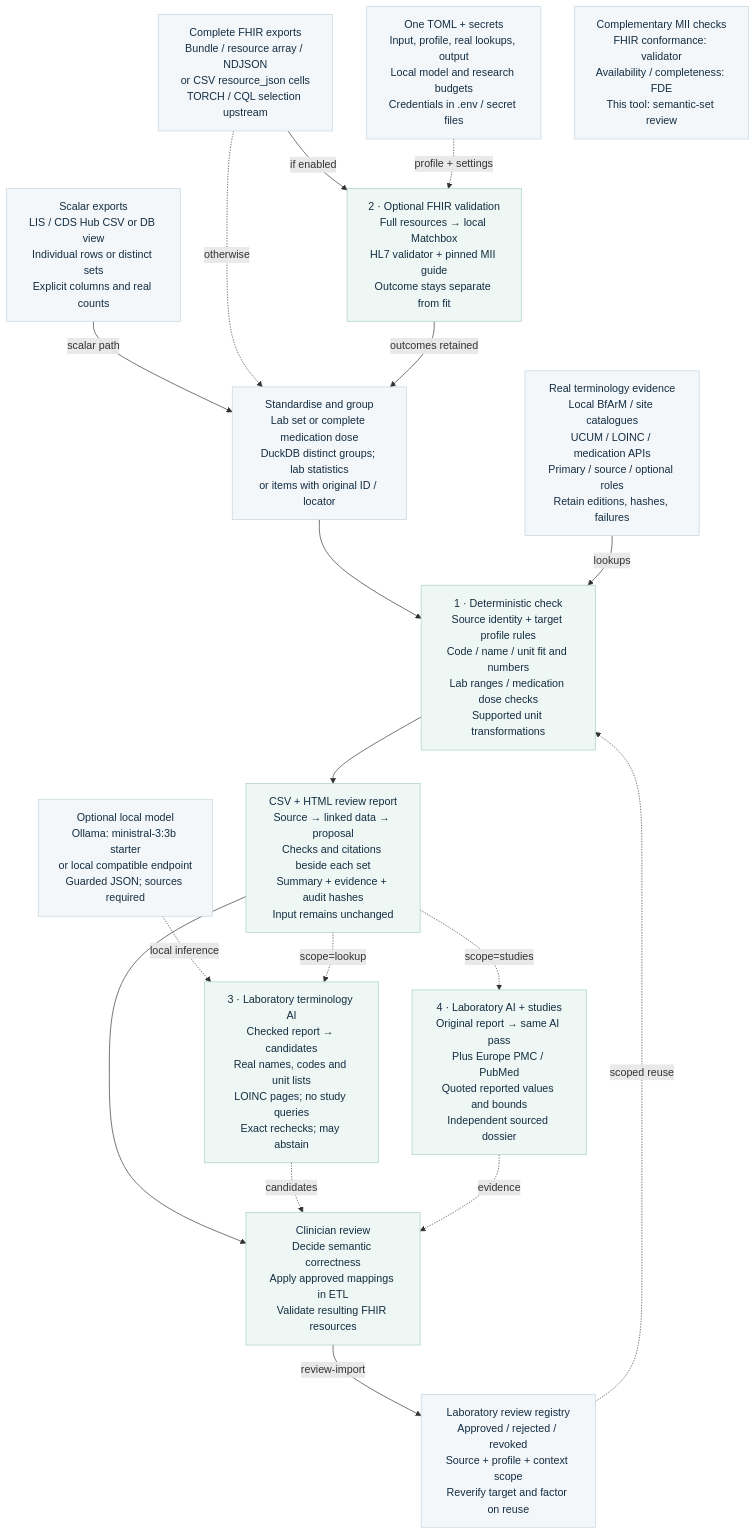
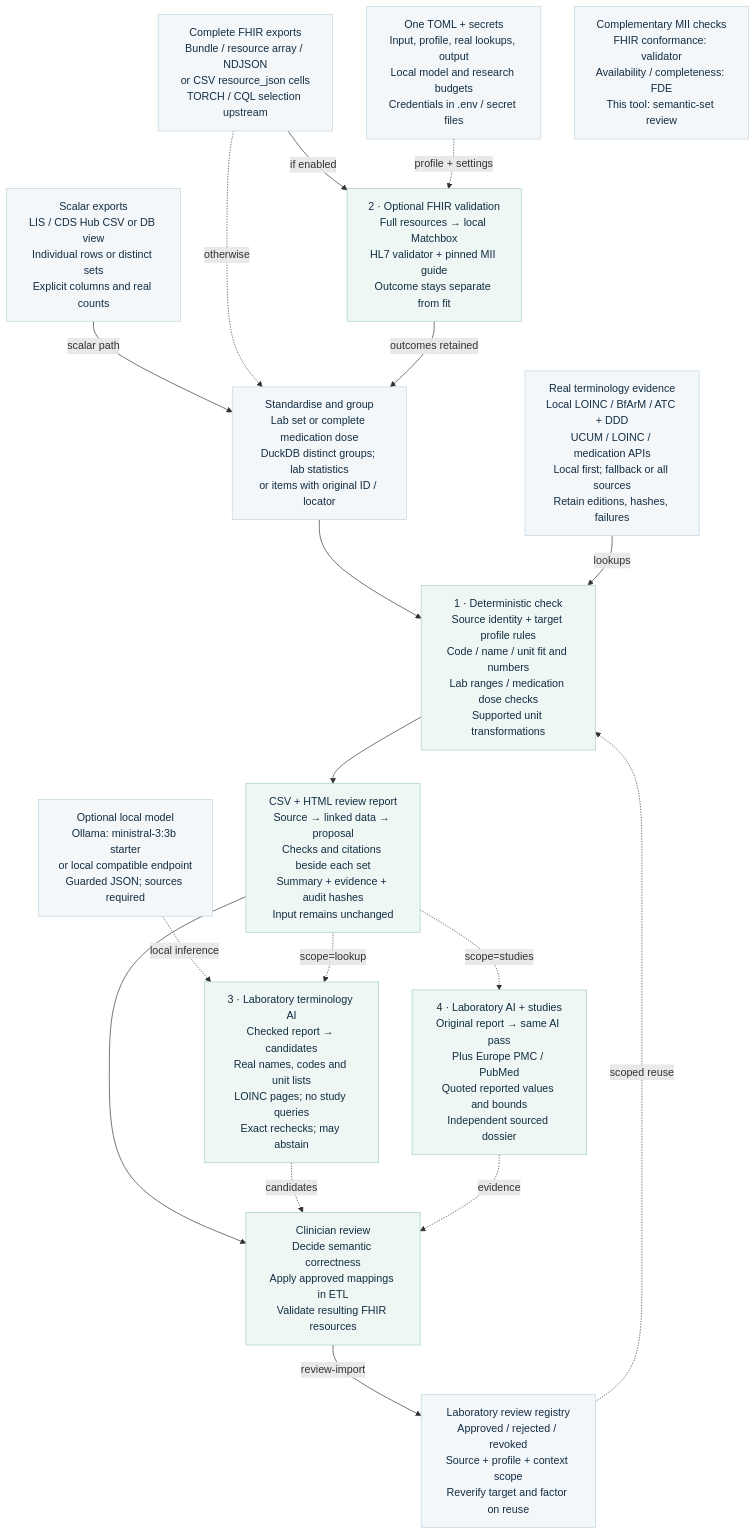
Before and after one commit to neumdan/semantic-plausibility: the diagram in docs/architecture.mmd, drawn with Mermaid. The commit also changed 52 other files, not shown here.

Commit message:
Clarify setup and add local terminology and medication support

```diff
--- a/docs/architecture.mmd
+++ b/docs/architecture.mmd
@@ -1,37 +1,37 @@
 %% Same node/edge contract as architecture.svg.
 flowchart TD
     SCALAR["Scalar exports<br/>LIS / CDS Hub CSV or DB view<br/>Individual rows or distinct sets<br/>Explicit columns and real counts"]
     FHIR["Complete FHIR exports<br/>Bundle / resource array / NDJSON<br/>or CSV resource_json cells<br/>TORCH / CQL selection upstream"]
     CONFIG["One TOML + secrets<br/>Input, profile, real lookups, output<br/>Local model and research budgets<br/>Credentials in .env / secret files"]
     VALIDATE["2 · Optional FHIR validation<br/>Full resources → local Matchbox<br/>HL7 validator + pinned MII guide<br/>Outcome stays separate from fit"]
     NORMAL["Standardise and group<br/>Lab set or complete medication dose<br/>DuckDB distinct groups; lab statistics<br/>or items with original ID / locator"]
-    SOURCES["Real terminology evidence<br/>Local BfArM / site catalogues<br/>UCUM / LOINC / medication APIs<br/>Primary / source / optional roles<br/>Retain editions, hashes, failures"]
+    SOURCES["Real terminology evidence<br/>Local LOINC / BfArM / ATC + DDD<br/>UCUM / LOINC / medication APIs<br/>Local first; fallback or all sources<br/>Retain editions, hashes, failures"]
     CHECK["1 · Deterministic check<br/>Source identity + target profile rules<br/>Code / name / unit fit and numbers<br/>Lab ranges / medication dose checks<br/>Supported unit transformations"]
     MODEL["Optional local model<br/>Ollama: ministral-3:3b starter<br/>or local compatible endpoint<br/>Guarded JSON; sources required"]
     AI["3 · Laboratory terminology AI<br/>Checked report → candidates<br/>Real names, codes and unit lists<br/>LOINC pages; no study queries<br/>Exact rechecks; may abstain"]
     OUTPUT["CSV + HTML review report<br/>Source → linked data → proposal<br/>Checks and citations beside each set<br/>Summary + evidence + audit hashes<br/>Input remains unchanged"]
     STUDIES["4 · Laboratory AI + studies<br/>Original report → same AI pass<br/>Plus Europe PMC / PubMed<br/>Quoted reported values and bounds<br/>Independent sourced dossier"]
     REGISTRY["Laboratory review registry<br/>Approved / rejected / revoked<br/>Source + profile + context scope<br/>Reverify target and factor on reuse"]
     EXPERT["Clinician review<br/>Decide semantic correctness<br/>Apply approved mappings in ETL<br/>Validate resulting FHIR resources"]
     MII["Complementary MII checks<br/>FHIR conformance: validator<br/>Availability / completeness: FDE<br/>This tool: semantic-set review"]
     SCALAR --> |"scalar path"| NORMAL
     FHIR --> |"if enabled"| VALIDATE
     FHIR -.-> |"otherwise"| NORMAL
     CONFIG -.-> |"profile + settings"| VALIDATE
     VALIDATE --> |"outcomes retained"| NORMAL
     NORMAL --> CHECK
     SOURCES --> |"lookups"| CHECK
     CHECK --> OUTPUT
     MODEL -.-> |"local inference"| AI
     OUTPUT -.-> |"scope=lookup"| AI
     OUTPUT -.-> |"scope=studies"| STUDIES
     OUTPUT --> EXPERT
     AI -.-> |"candidates"| EXPERT
     STUDIES -.-> |"evidence"| EXPERT
     EXPERT --> |"review-import"| REGISTRY
     REGISTRY -.-> |"scoped reuse"| CHECK
     classDef normal fill:#f3f7fa,stroke:#c4d5df,color:#142d42
     class SCALAR,FHIR,CONFIG,NORMAL,SOURCES,MODEL,REGISTRY,MII normal
     classDef teal fill:#eef7f4,stroke:#a8cfc6,color:#142d42
     class VALIDATE,CHECK,AI,OUTPUT,STUDIES,EXPERT teal
     classDef error fill:#fcf1f3,stroke:#ecc7cf,color:#142d42
```
